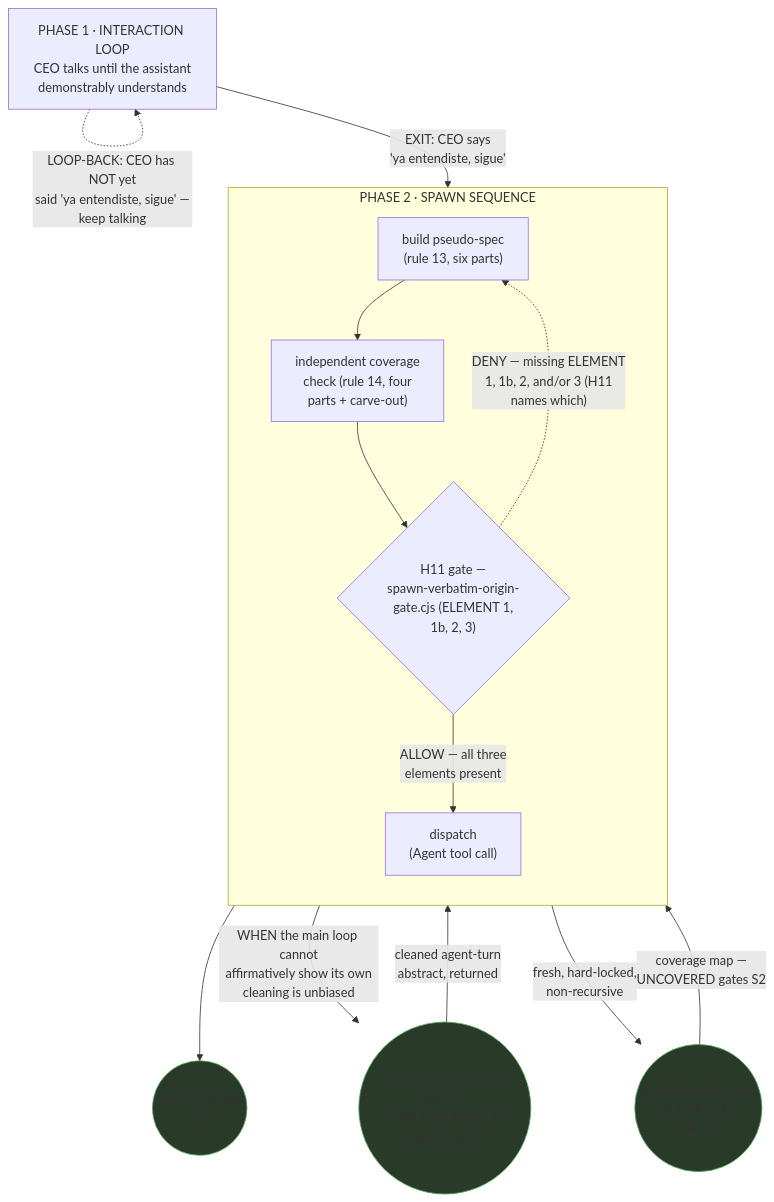
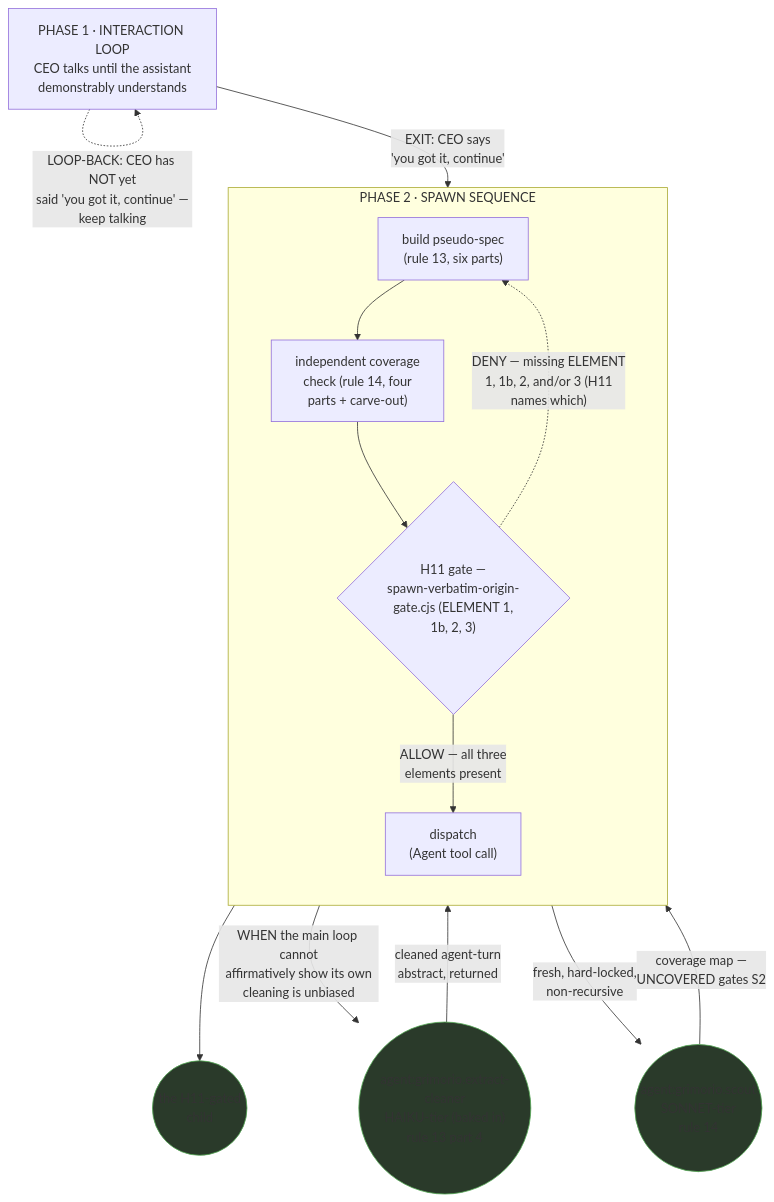
The first of 7 diagrams in .claude/skills/grimorio.conduct/project.main-loop-flow-quasi-software-view.md (Wilman2612/grimorio-agents), drawn with Mermaid before and after one commit. The commit also changed other lines of this file and 213 other files, not shown here.

````diff
--- a/.claude/skills/grimorio.conduct/project.main-loop-flow-quasi-software-view.md
+++ b/.claude/skills/grimorio.conduct/project.main-loop-flow-quasi-software-view.md
@@ -37,28 +37,28 @@
 ```mermaid
 flowchart TB
     P1["PHASE 1 · INTERACTION LOOP<br/>CEO talks until the assistant<br/>demonstrably understands"]
-    P1 -.->|"LOOP-BACK: CEO has NOT yet<br/>said 'ya entendiste, sigue' —<br/>keep talking"| P1
-    P1 -->|"EXIT: CEO says<br/>'ya entendiste, sigue'"| S1
+    P1 -.->|"LOOP-BACK: CEO has NOT yet<br/>said 'you got it, continue' —<br/>keep talking"| P1
+    P1 -->|"EXIT: CEO says<br/>'you got it, continue'"| S1
 
     subgraph P2["PHASE 2 · SPAWN SEQUENCE"]
       direction TB
       S1["build pseudo-spec<br/>(rule 13, six parts)"] --> S2["independent coverage<br/>check (rule 14, four<br/>parts + carve-out)"]
       S2 --> S3{"H11 gate —<br/>spawn-verbatim-origin-<br/>gate.cjs (ELEMENT 1,<br/>1b, 2, 3)"}
       S3 -->|"ALLOW — all three<br/>elements present"| S4["dispatch<br/>(Agent tool call)"]
     end
     S3 -.->|"DENY — missing ELEMENT<br/>1, 1b, 2, and/or 3 (H11<br/>names which)"| S1
 
     S4 --> CHILD(("the H11-gated<br/>child"))
 
     SCOUT_HAIKU(("agent:grimorio.extract-cleaner<br/>HAIKU-tier (baked in)<br/>rule 13 part 4"))
     S1 -->|"WHEN the main loop cannot<br/>affirmatively show its own<br/>cleaning is unbiased"| SCOUT_HAIKU
     SCOUT_HAIKU -->|"cleaned agent-turn<br/>abstract, returned"| S1
 
     SCOUT_SONNET(("agent:grimorio.scout<br/>SONNET-tier<br/>rule 14"))
     S2 -->|"fresh, hard-locked,<br/>non-recursive"| SCOUT_SONNET
     SCOUT_SONNET -->|"coverage map —<br/>UNCOVERED gates S2"| S2
 
     style SCOUT_HAIKU fill:#2a3a2a,stroke:#5a5
     style SCOUT_SONNET fill:#2a3a2a,stroke:#5a5
     style CHILD fill:#2a3a2a,stroke:#5a5
 ```
````
